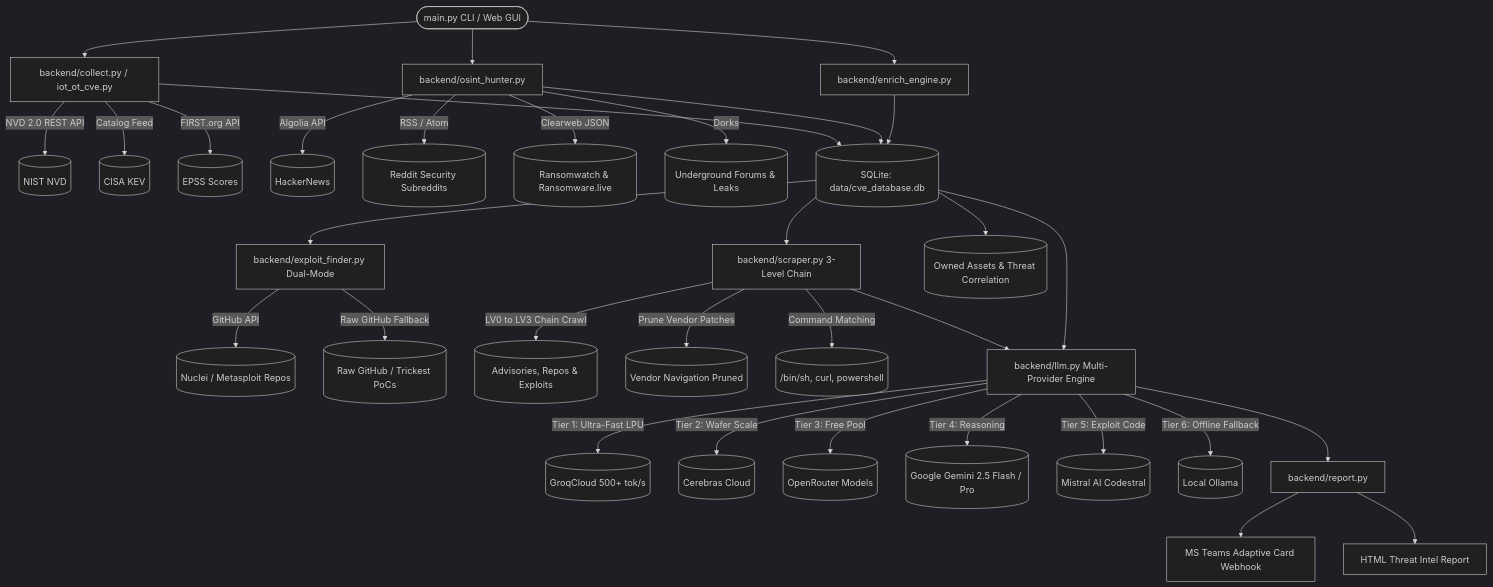
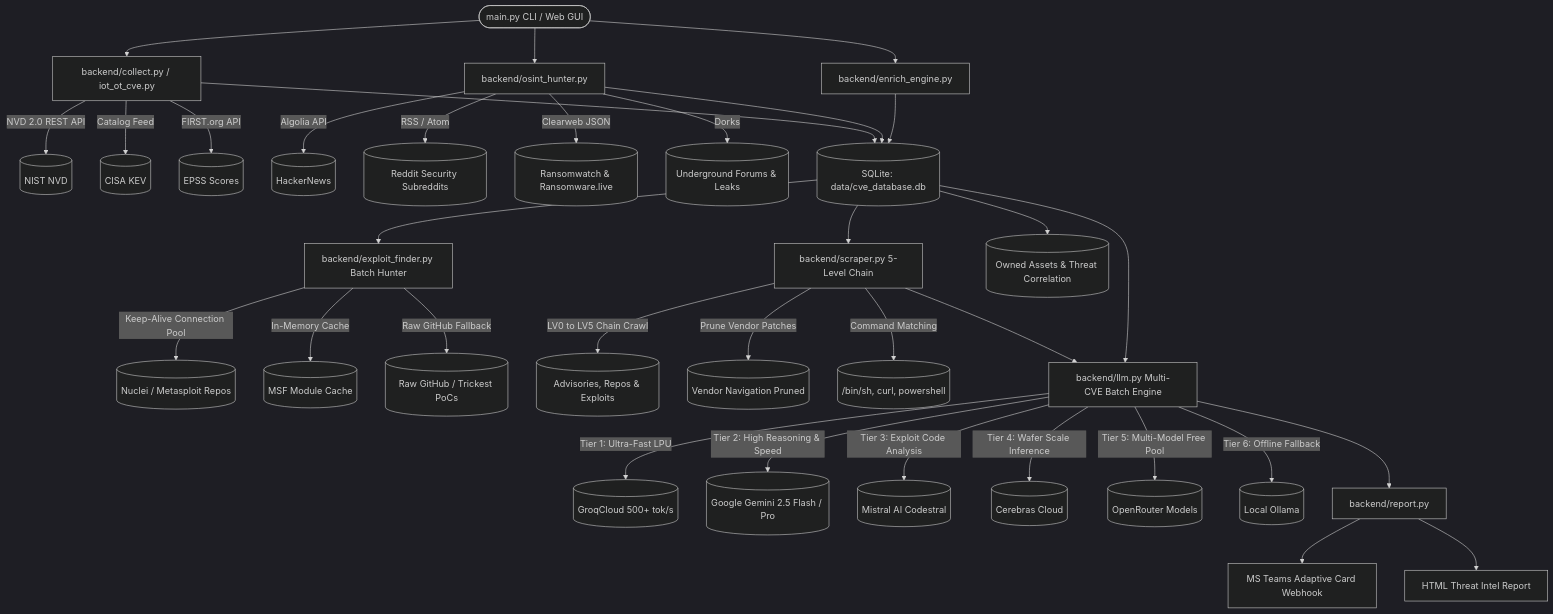
The first of 2 diagrams in documentation.md (chiranjib2001/Advanced-Threat-Intelligence), drawn with Mermaid (dark theme) before and after one commit. The commit also changed other lines of this file and 13 other files, not shown here.

Commit message:
feat: add vulnerable version finder, 5-tuple CPE solver, automated live CDX HTTP retry, and multi-stream enhancements

````diff
--- a/documentation.md
+++ b/documentation.md
@@ -29,40 +32,41 @@
 ```mermaid
 flowchart TD
     CLI([main.py CLI / Web GUI]) --> Collect[backend/collect.py / iot_ot_cve.py]
     CLI --> OSINT[backend/osint_hunter.py]
     CLI --> EnrichEngine[backend/enrich_engine.py]
     
     Collect -->|NVD 2.0 REST API| NVD[(NIST NVD)]
     Collect -->|Catalog Feed| CISA[(CISA KEV)]
     Collect -->|FIRST.org API| EPSS[(EPSS Scores)]
     
     OSINT -->|Algolia API| HN[(HackerNews)]
     OSINT -->|RSS / Atom| Reddit[(Reddit Security Subreddits)]
     OSINT -->|Clearweb JSON| Ransom[(Ransomwatch & Ransomware.live)]
     OSINT -->|Dorks| DarkWeb[(Underground Forums & Leaks)]
     
     Collect & OSINT & EnrichEngine --> DB[(SQLite: data/cve_database.db)]
     
-    DB --> ExploitHunt[backend/exploit_finder.py Dual-Mode]
-    ExploitHunt -->|GitHub API| GitHub[(Nuclei / Metasploit Repos)]
+    DB --> ExploitHunt[backend/exploit_finder.py Batch Hunter]
+    ExploitHunt -->|Keep-Alive Connection Pool| GitHub[(Nuclei / Metasploit Repos)]
+    ExploitHunt -->|In-Memory Cache| MSFCache[(MSF Module Cache)]
     ExploitHunt -->|Raw GitHub Fallback| Trickest[(Raw GitHub / Trickest PoCs)]
     
-    DB --> Scraper[backend/scraper.py 3-Level Chain]
-    Scraper -->|LV0 to LV3 Chain Crawl| Web[(Advisories, Repos & Exploits)]
+    DB --> Scraper[backend/scraper.py 5-Level Chain]
+    Scraper -->|LV0 to LV5 Chain Crawl| Web[(Advisories, Repos & Exploits)]
     Scraper -->|Prune Vendor Patches| Pruned[(Vendor Navigation Pruned)]
     Scraper -->|Command Matching| CmdMatch[(/bin/sh, curl, powershell)]
     
-    Scraper & DB --> AI[backend/llm.py Multi-Provider Engine]
+    Scraper & DB --> AI[backend/llm.py Multi-CVE Batch Engine]
     AI -->|Tier 1: Ultra-Fast LPU| Groq[(GroqCloud 500+ tok/s)]
-    AI -->|Tier 2: Wafer Scale| Cerebras[(Cerebras Cloud)]
-    AI -->|Tier 3: Free Pool| OpenRouter[(OpenRouter Models)]
-    AI -->|Tier 4: Reasoning| Gemini[(Google Gemini 2.5 Flash / Pro)]
-    AI -->|Tier 5: Exploit Code| Mistral[(Mistral AI Codestral)]
+    AI -->|Tier 2: High Reasoning & Speed| Gemini[(Google Gemini 2.5 Flash / Pro)]
+    AI -->|Tier 3: Exploit Code Analysis| Mistral[(Mistral AI Codestral)]
+    AI -->|Tier 4: Wafer Scale Inference| Cerebras[(Cerebras Cloud)]
+    AI -->|Tier 5: Multi-Model Free Pool| OpenRouter[(OpenRouter Models)]
     AI -->|Tier 6: Offline Fallback| Ollama[(Local Ollama)]
     
     DB --> Assets[(Owned Assets & Threat Correlation)]
     
     AI --> Output[backend/report.py]
     Output --> Webhook[MS Teams Adaptive Card Webhook]
     Output --> HTMLReport[HTML Threat Intel Report]
 ```
````
